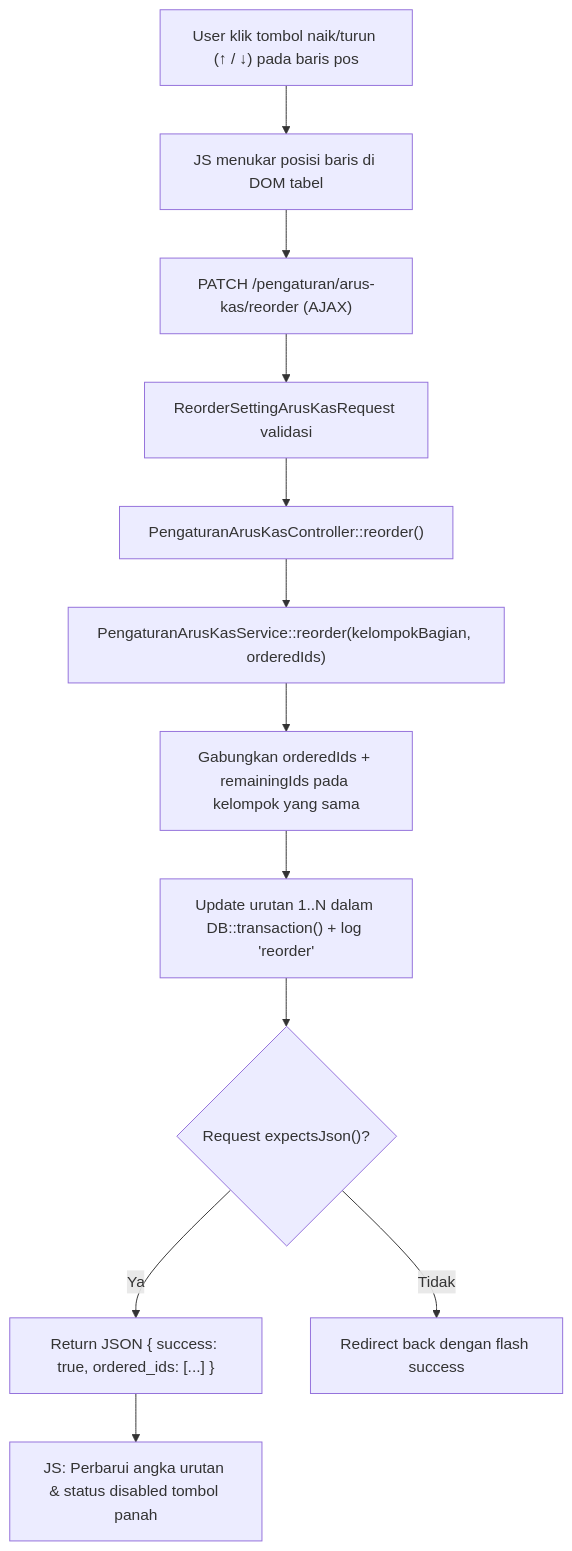
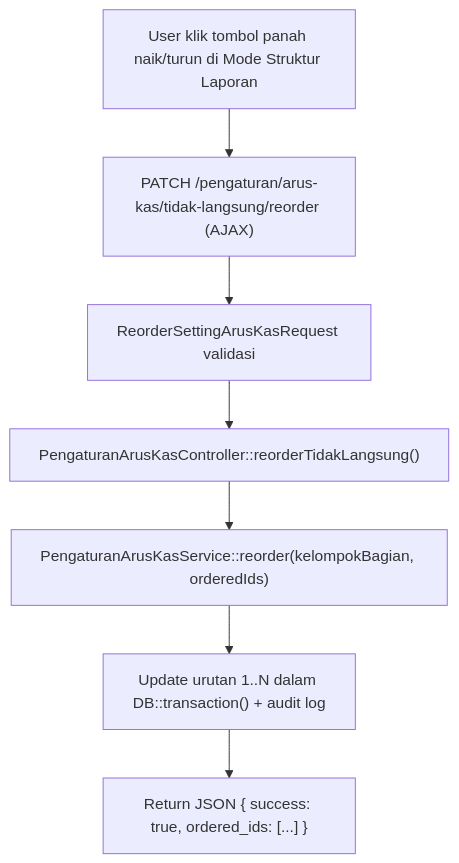
Before and after one commit to AltamaSidoarjo/laravel-siakurat-pt-smt: the ninth of 9 diagrams in dokumentasi/pengaturan-arus-kas.md, drawn with Mermaid. The commit also changed other lines of this file and 9 other files, not shown here.

Commit message:
docs(arus-kas): update cross-module link, consolidate docs, and verify suite

````diff
--- a/dokumentasi/pengaturan-arus-kas.md
+++ b/dokumentasi/pengaturan-arus-kas.md
@@ -335,14 +537,9 @@
 ```mermaid
 flowchart TD
-    A["User klik tombol naik/turun (↑ / ↓) pada baris pos"] --> B["JS menukar posisi baris di DOM tabel"]
-    B --> C["PATCH /pengaturan/arus-kas/reorder (AJAX)"]
-    C --> D["ReorderSettingArusKasRequest validasi"]
-    D --> E["PengaturanArusKasController::reorder()"]
-    E --> F["PengaturanArusKasService::reorder(kelompokBagian, orderedIds)"]
-    F --> G["Gabungkan orderedIds + remainingIds pada kelompok yang sama"]
-    G --> H["Update urutan 1..N dalam DB::transaction() + log 'reorder'"]
-    H --> I{"Request expectsJson()?"}
-    I -- Ya --> J["Return JSON { success: true, ordered_ids: [...] }"]
-    I -- Tidak --> K["Redirect back dengan flash success"]
-    J --> L["JS: Perbarui angka urutan & status disabled tombol panah"]
+    A["User klik tombol panah naik/turun di Mode Struktur Laporan"] --> B["PATCH /pengaturan/arus-kas/tidak-langsung/reorder (AJAX)"]
+    B --> C["ReorderSettingArusKasRequest validasi"]
+    C --> D["PengaturanArusKasController::reorderTidakLangsung()"]
+    D --> E["PengaturanArusKasService::reorder(kelompokBagian, orderedIds)"]
+    E --> F["Update urutan 1..N dalam DB::transaction() + audit log"]
+    F --> G["Return JSON { success: true, ordered_ids: [...] }"]
 ```
````
